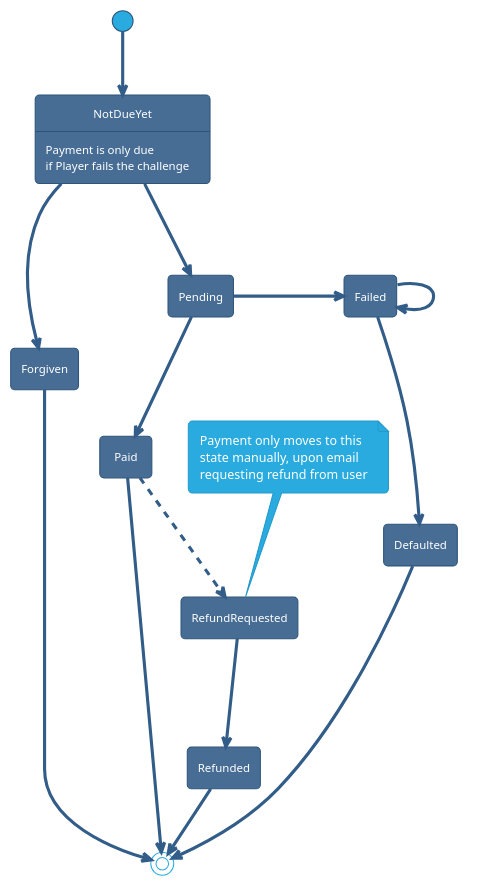
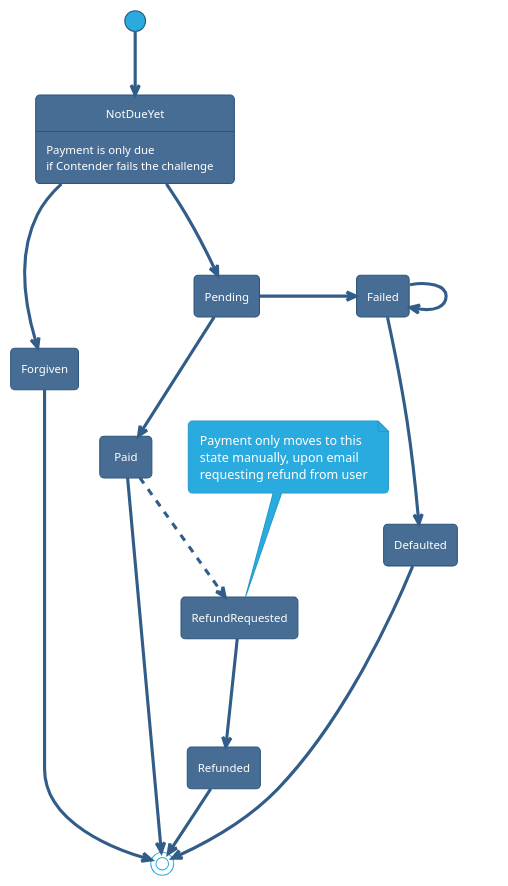
The diagram in libs/atqr/domain/src/lib/domain-spec/notes/Payment Flow.md (tokilabs/atqr), drawn with PlantUML before and after one commit. The commit also changed 7 other files, not shown here.

````diff
--- a/libs/atqr/domain/src/lib/domain-spec/notes/Payment Flow.md
+++ b/libs/atqr/domain/src/lib/domain-spec/notes/Payment Flow.md
@@ -19,44 +19,44 @@
 ```plantuml
 @startuml
 hide empty description
 !theme sandstone
 ' Other: amiga, bluegray, cerulean, cerulean-outline, sandstone
 
 ' skinparam backgroundColor White
 ' skinparam state {
 '   StartColor Black
 '   EndColor Black
 '   BackgroundColor White
 '   BackgroundColor<<Warning>> Olive
 '   ' BorderColor Gray
 '   ' FontName Impact
 ' }
 
 [*] --> NotDueYet
 NotDueYet : Payment is only due
-NotDueYet : if Player fails the challenge
+NotDueYet : if Contender fails the challenge
 
 
-NotDueYet -d-> Forgiven : Player Succeeded
-NotDueYet -d-> Pending : Player Failed
+NotDueYet -d-> Forgiven : Contender Succeeded
+NotDueYet -d-> Pending : Contender Failed
 
 Pending -r-> Failed
 Pending --> Paid
 
 Paid -[dashed]-> RefundRequested
 note top of RefundRequested
   Payment only moves to this
   state manually, upon email
   requesting refund from user
 end note
 RefundRequested --> Refunded
 
 Failed --> Failed : tries++
 Failed --> Defaulted : tries > 2
 
 Defaulted --> [*]
 Paid --> [*] : 30 days\n later
 Forgiven --> [*]
 Refunded --> [*]
 @enduml
 ```
````
